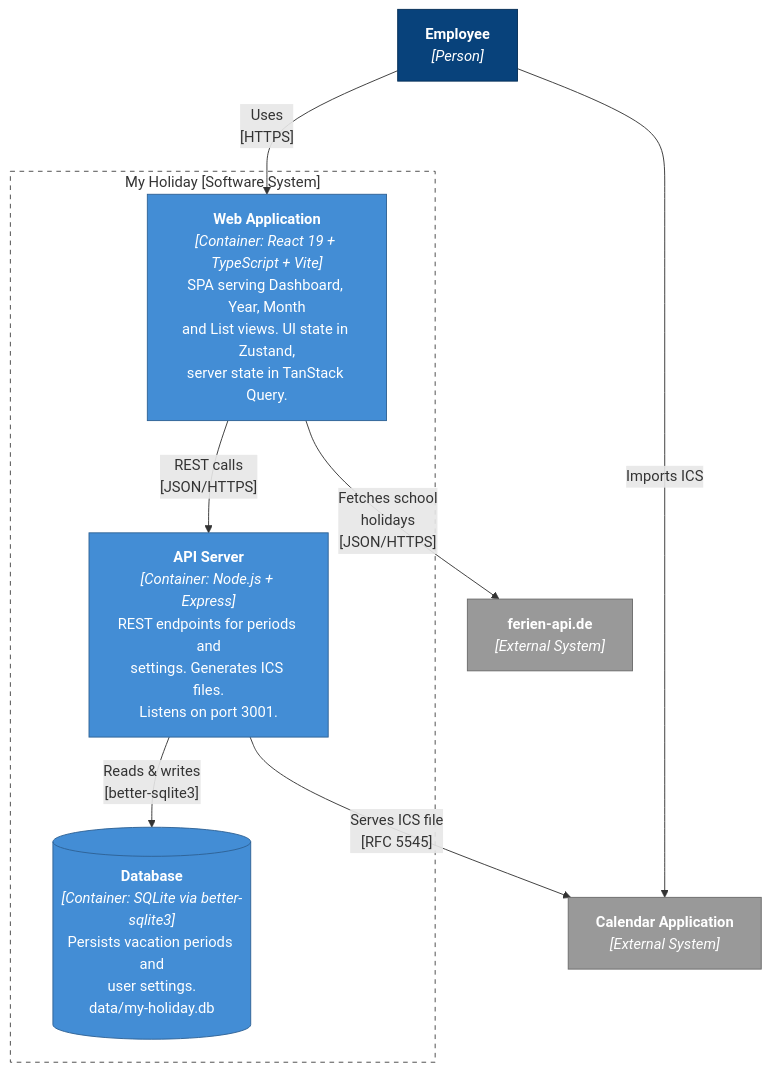
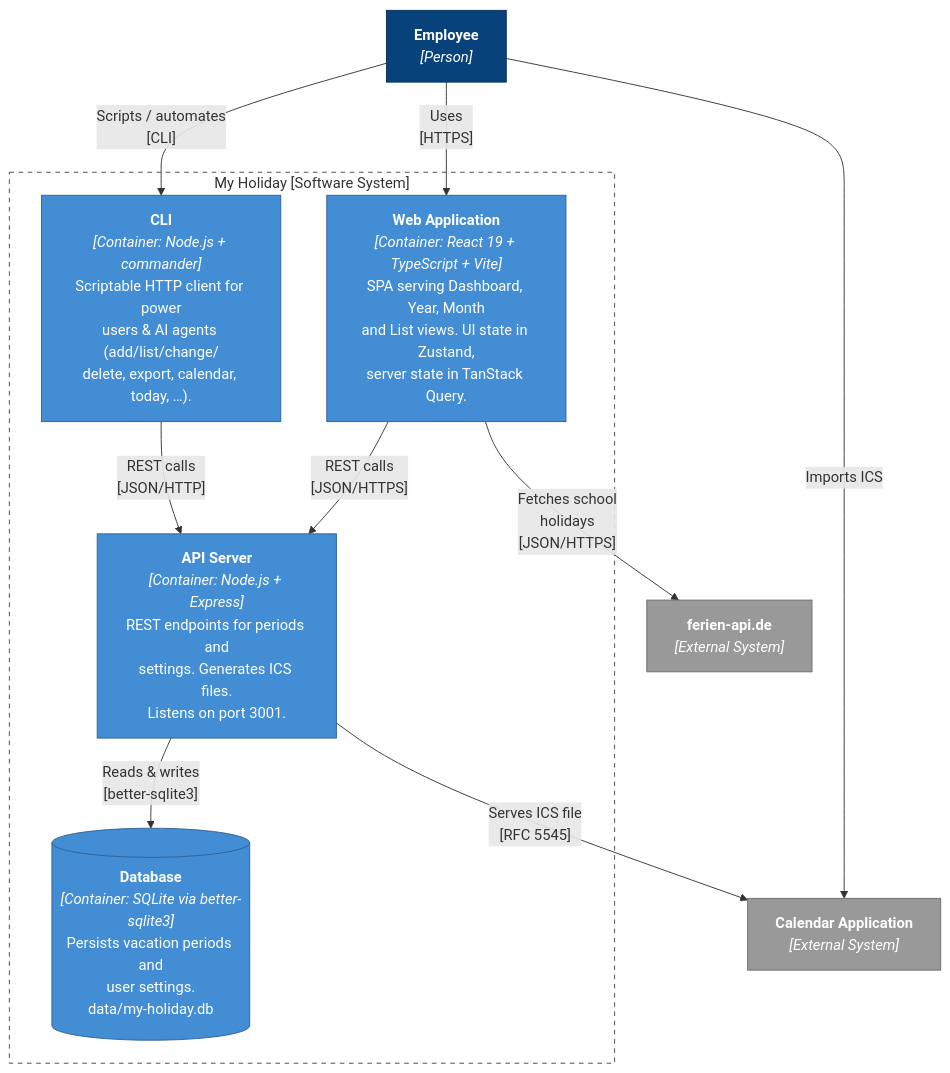
One commit to hendrik77/my_holiday changed the second of 2 diagrams in ARCHITECTURE.md. Above: the diagram before and after it, drawn with Mermaid. The commit also changed other lines of this file and 4 other files, not shown here.

````diff
--- a/ARCHITECTURE.md
+++ b/ARCHITECTURE.md
@@ -47,32 +48,36 @@
 ```mermaid
 flowchart TB
     user["<b>Employee</b><br/><i>[Person]</i>"]
 
     subgraph boundary["My Holiday [Software System]"]
         spa["<b>Web Application</b><br/><i>[Container: React 19 + TypeScript + Vite]</i><br/>SPA serving Dashboard, Year, Month<br/>and List views. UI state in Zustand,<br/>server state in TanStack Query."]
 
         api["<b>API Server</b><br/><i>[Container: Node.js + Express]</i><br/>REST endpoints for periods and<br/>settings. Generates ICS files.<br/>Listens on port 3001."]
 
         db[("<b>Database</b><br/><i>[Container: SQLite via better-sqlite3]</i><br/>Persists vacation periods and<br/>user settings.<br/>data/my-holiday.db")]
+
+        cli["<b>CLI</b><br/><i>[Container: Node.js + commander]</i><br/>Scriptable HTTP client for power<br/>users &amp; AI agents (add/list/change/<br/>delete, export, calendar, today, …)."]
     end
 
     ferien["<b>ferien-api.de</b><br/><i>[External System]</i>"]
     calendar["<b>Calendar Application</b><br/><i>[External System]</i>"]
 
     user -- "Uses<br/>[HTTPS]" --> spa
+    user -- "Scripts / automates<br/>[CLI]" --> cli
+    cli -- "REST calls<br/>[JSON/HTTP]" --> api
     spa -- "REST calls<br/>[JSON/HTTPS]" --> api
     spa -- "Fetches school<br/>holidays<br/>[JSON/HTTPS]" --> ferien
     api -- "Reads &amp; writes<br/>[better-sqlite3]" --> db
     api -- "Serves ICS file<br/>[RFC 5545]" --> calendar
     user -- "Imports ICS" --> calendar
 
     classDef person fill:#08427B,stroke:#052E56,color:#fff
     classDef container fill:#438DD5,stroke:#2E6295,color:#fff
     classDef external fill:#999999,stroke:#6B6B6B,color:#fff
     classDef sysBoundary fill:none,stroke:#444,stroke-dasharray:5 5
 
     class user person
-    class spa,api,db container
+    class spa,api,cli,db container
     class ferien,calendar external
     class boundary sysBoundary
 ```
````
